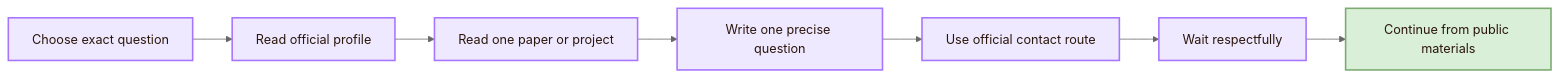
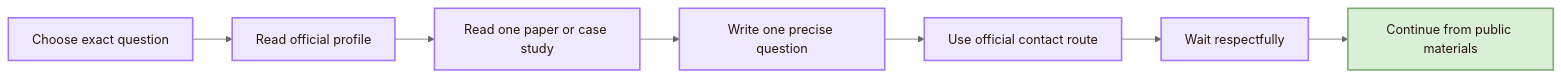
Diagram 11 of 11 in 01_Core_Area_HCI/001_Subareas/05_Human_AI_Interaction/Important People.md (andreitegzes06-ui/CogniShire), drawn with Mermaid (neutral theme) before and after one commit. The commit also changed other lines of this file and 132 other files, not shown here.

````diff
--- a/01_Core_Area_HCI/001_Subareas/05_Human_AI_Interaction/Important People.md
+++ b/01_Core_Area_HCI/001_Subareas/05_Human_AI_Interaction/Important People.md
@@ -506,15 +391,15 @@
 ```mermaid
 flowchart LR
     A[Choose exact question] --> B[Read official profile]
-    B --> C[Read one paper or project]
+    B --> C[Read one paper or case study]
     C --> D[Write one precise question]
     D --> E[Use official contact route]
     E --> F[Wait respectfully]
     F --> G[Continue from public materials]
 
     classDef node fill:#eee9ff,stroke:#a875ff,color:#2b160b,stroke-width:2px;
     classDef final fill:#d9efd7,stroke:#7cab72,color:#2b160b,stroke-width:2px;
 
     class A,B,C,D,E,F node;
     class G final;
 ```
````
